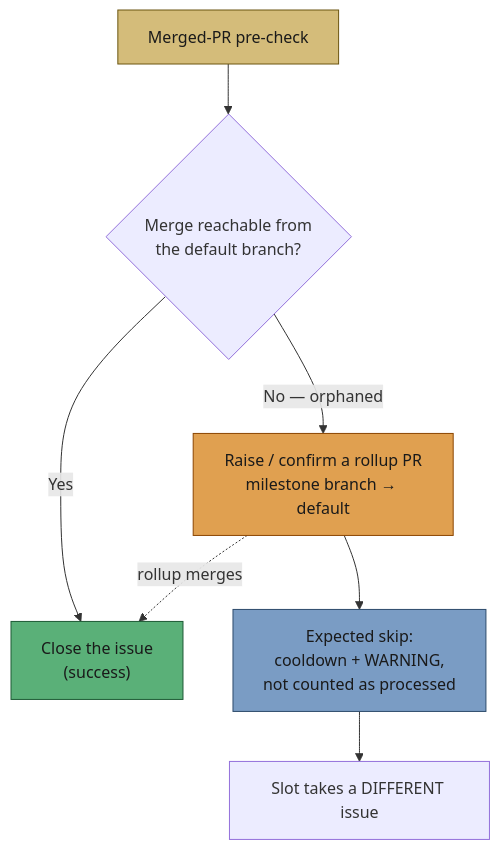
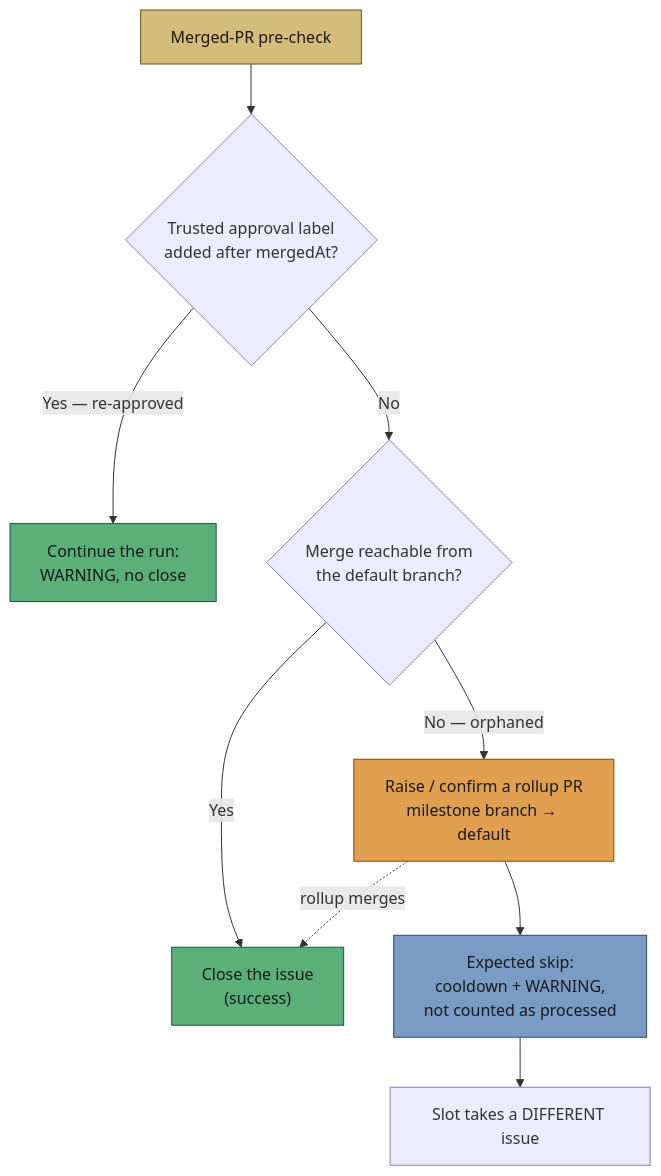
Before and after one commit to stSoftwareAU/VibeCoder: diagram 15 of 15 in docs/workflows/issue-processing.md, drawn with Mermaid. The commit also changed other lines of this file and 3 other files, not shown here.

First line of the commit message:
Merged-PR precheck: do not close an issue whose trusted approval post-dates the merge (Issue #1618) (#1636)

````diff
--- a/docs/workflows/issue-processing.md
+++ b/docs/workflows/issue-processing.md
@@ -967,13 +991,16 @@
 ```mermaid
 flowchart TD
-  Pre["Merged-PR pre-check"] --> Landed{"Merge reachable from<br/>the default branch?"}
+  Pre["Merged-PR pre-check"] --> Reapp{"Trusted approval label<br/>added after mergedAt?"}
+  Reapp -->|"Yes — re-approved"| Work["Continue the run:<br/>WARNING, no close"]
+  Reapp -->|No| Landed{"Merge reachable from<br/>the default branch?"}
   Landed -->|Yes| Close["Close the issue<br/>(success)"]
   Landed -->|"No — orphaned"| Heal["Raise / confirm a rollup PR<br/>milestone branch → default"]
   Heal --> Bounce["Expected skip:<br/>cooldown + WARNING,<br/>not counted as processed"]
   Bounce --> Next["Slot takes a DIFFERENT issue"]
   Heal -.->|"rollup merges"| Close
   style Pre fill:#d4bc7a,stroke:#6b5510,color:#1a1a1a
   style Close fill:#5ab078,stroke:#1d5a35,color:#1a1a1a
   style Heal fill:#e0a050,stroke:#8b4500,color:#1a1a1a
   style Bounce fill:#7a9cc4,stroke:#2c4a6b,color:#1a1a1a
+  style Work fill:#5ab078,stroke:#1d5a35,color:#1a1a1a
 ```
````
